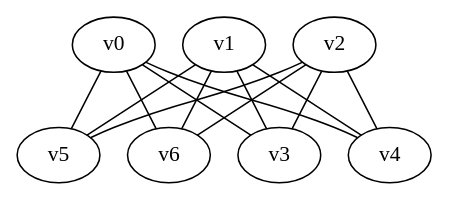
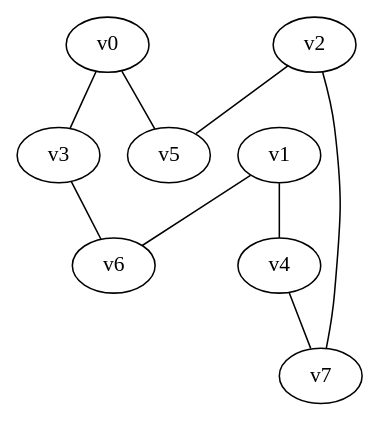
The diagram in cmake-build-debug/aus_adjazenz.gv (jo20046/graphen), drawn with Graphviz before and after one commit. The commit also changed 4 other files, not shown here.

```diff
--- a/cmake-build-debug/aus_adjazenz.gv
+++ b/cmake-build-debug/aus_adjazenz.gv
@@ -1,21 +1,18 @@
 graph {
   v0
   v1
   v2
   v3
   v4
   v5
   v6
+  v7
   v0 -- v3
-  v0 -- v4
   v0 -- v5
-  v0 -- v6
-  v1 -- v3
   v1 -- v4
-  v1 -- v5
   v1 -- v6
-  v2 -- v3
-  v2 -- v4
   v2 -- v5
-  v2 -- v6
+  v2 -- v7
+  v3 -- v6
+  v4 -- v7
 }
```
